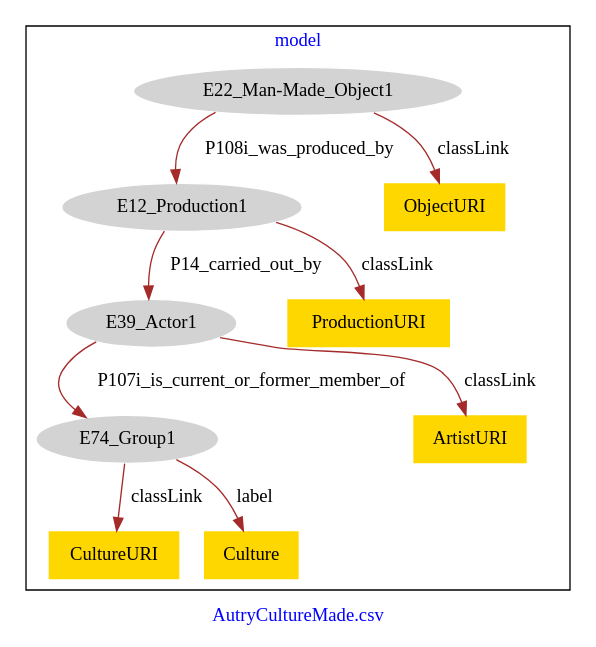
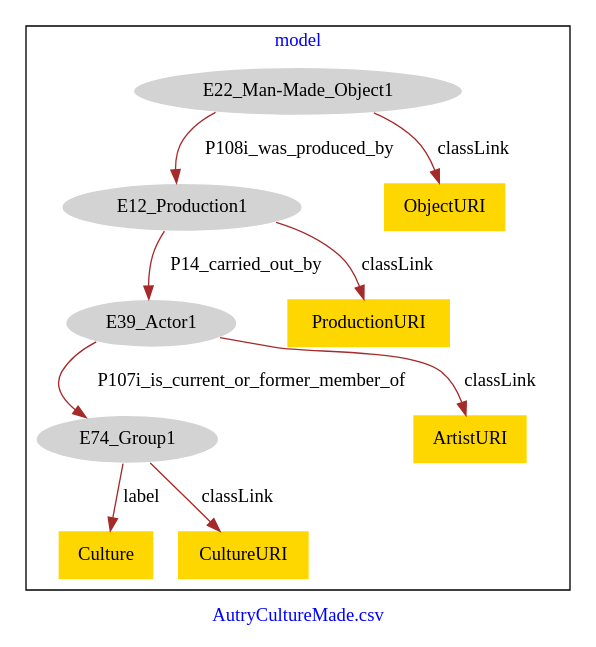
One commit to american-art/autry changed the diagram in AutryCultureMade/AutryCultureMade-model.dot. Above: the diagram before and after it, drawn with Graphviz.

Commit message:
Update file AutryCultureMade-model.dot

```diff
--- a/AutryCultureMade/AutryCultureMade-model.dot
+++ b/AutryCultureMade/AutryCultureMade-model.dot
@@ -1,25 +1,25 @@
 digraph n0 {
 fontcolor="blue"
 remincross="true"
 label="AutryCultureMade.csv"
 subgraph cluster {
 label="model"
 n2[style="filled",color="white",fillcolor="lightgray",label="E12_Production1"];
 n3[style="filled",color="white",fillcolor="lightgray",label="E39_Actor1"];
 n4[style="filled",color="white",fillcolor="lightgray",label="E22_Man-Made_Object1"];
 n5[style="filled",color="white",fillcolor="lightgray",label="E74_Group1"];
-n6[shape="plaintext",style="filled",fillcolor="gold",label="CultureURI"];
-n7[shape="plaintext",style="filled",fillcolor="gold",label="ObjectURI"];
-n8[shape="plaintext",style="filled",fillcolor="gold",label="Culture"];
+n6[shape="plaintext",style="filled",fillcolor="gold",label="ObjectURI"];
+n7[shape="plaintext",style="filled",fillcolor="gold",label="Culture"];
+n8[shape="plaintext",style="filled",fillcolor="gold",label="CultureURI"];
 n9[shape="plaintext",style="filled",fillcolor="gold",label="ProductionURI"];
 n10[shape="plaintext",style="filled",fillcolor="gold",label="ArtistURI"];
 }
 n2 -> n3[color="brown",fontcolor="black",label="P14_carried_out_by"]
 n4 -> n2[color="brown",fontcolor="black",label="P108i_was_produced_by"]
 n3 -> n5[color="brown",fontcolor="black",label="P107i_is_current_or_former_member_of"]
-n5 -> n6[color="brown",fontcolor="black",label="classLink"]
-n4 -> n7[color="brown",fontcolor="black",label="classLink"]
-n5 -> n8[color="brown",fontcolor="black",label="label"]
+n4 -> n6[color="brown",fontcolor="black",label="classLink"]
+n5 -> n7[color="brown",fontcolor="black",label="label"]
+n5 -> n8[color="brown",fontcolor="black",label="classLink"]
 n2 -> n9[color="brown",fontcolor="black",label="classLink"]
 n3 -> n10[color="brown",fontcolor="black",label="classLink"]
 }
```
